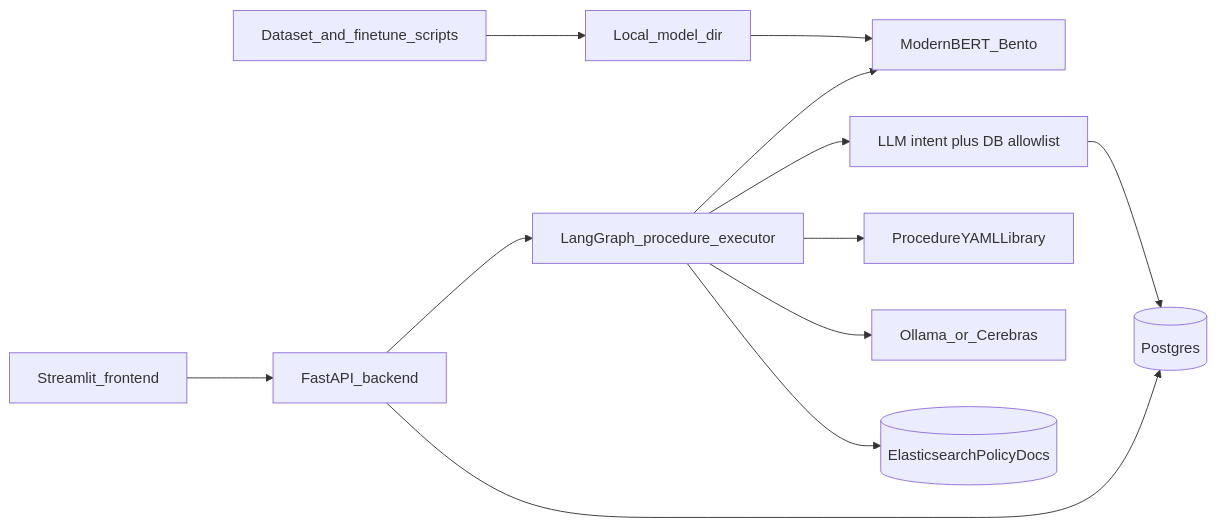
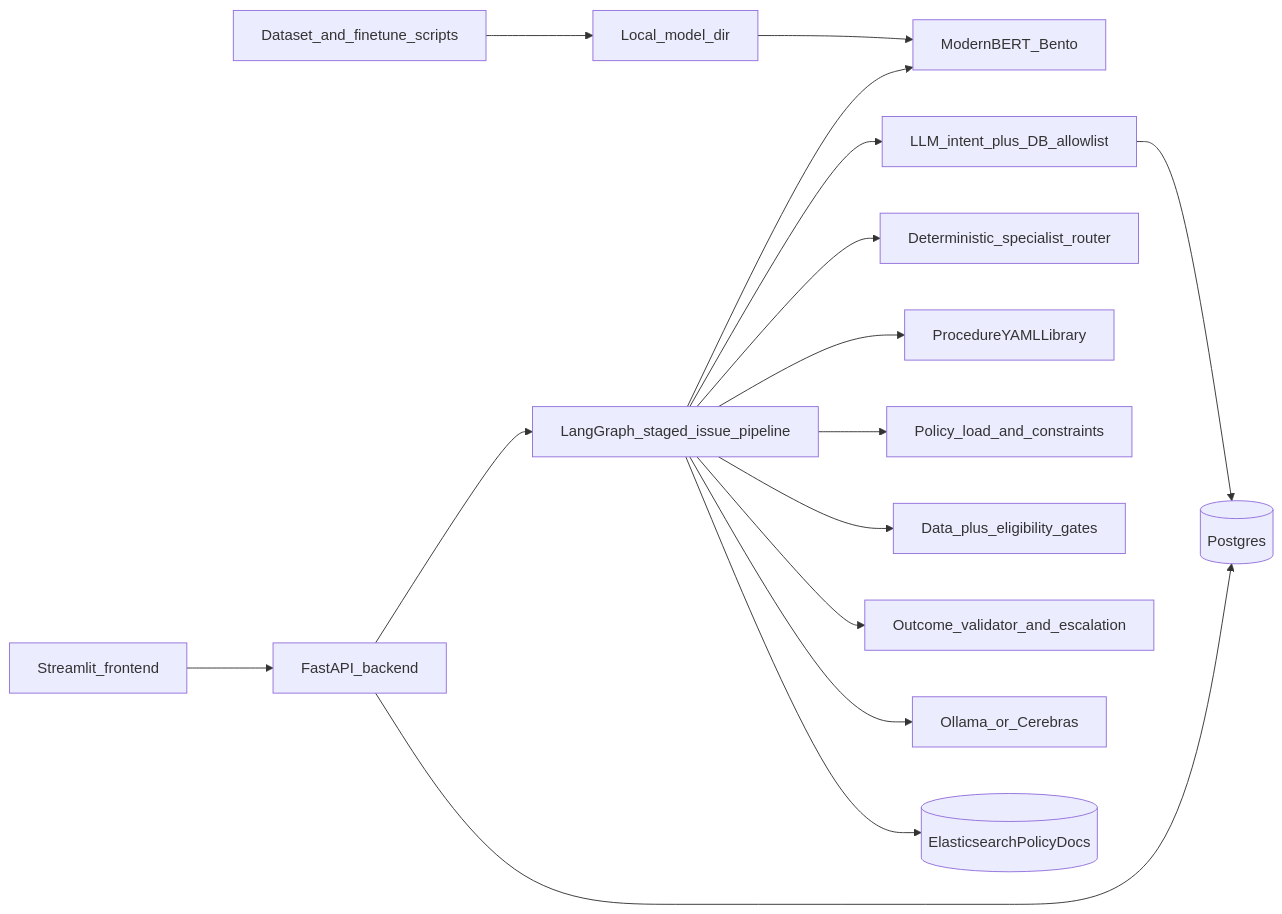
One commit to w4zir/BitBot changed the diagram in README.md. Above: the diagram before and after it, drawn with Mermaid. The commit also changed other lines of this file and 3 other files, not shown here.

Commit message:
updated agent to new architecture

````diff
--- a/README.md
+++ b/README.md
@@ -7,14 +7,18 @@
 ```mermaid
 flowchart LR
   fe[Streamlit_frontend] --> be[FastAPI_backend]
-  be --> lg[LangGraph_procedure_executor]
+  be --> lg[LangGraph_staged_issue_pipeline]
   lg --> bento[ModernBERT_Bento]
-  lg --> llmIntent["LLM intent plus DB allowlist"]
+  lg --> stageIntent["LLM_intent_plus_DB_allowlist"]
+  lg --> stageRouter[Deterministic_specialist_router]
   lg --> yaml[ProcedureYAMLLibrary]
+  lg --> stagePolicy[Policy_load_and_constraints]
+  lg --> stageValidate[Data_plus_eligibility_gates]
+  lg --> stageOutcome[Outcome_validator_and_escalation]
   lg --> llm[Ollama_or_Cerebras]
   lg --> es[(ElasticsearchPolicyDocs)]
   be --> pg[(Postgres)]
-  llmIntent --> pg
+  stageIntent --> pg
   train[Dataset_and_finetune_scripts] --> artifacts[Local_model_dir]
   artifacts --> bento
 ```
````
